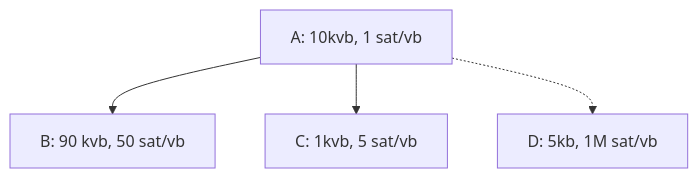
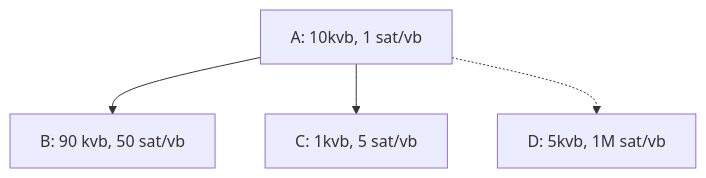
One commit to jamesob/delving-bitcoin-archive changed diagram 11 of 11 in archive/rendered-topics/2024-01-January/2024-01-09-an-overview-of-the-cluster-mempool-proposal-id393.md. Above: the diagram before and after it, drawn with Mermaid. The commit also changed other lines of this file and 2 other files, not shown here.

````diff
--- a/archive/rendered-topics/2024-01-January/2024-01-09-an-overview-of-the-cluster-mempool-proposal-id393.md
+++ b/archive/rendered-topics/2024-01-January/2024-01-09-an-overview-of-the-cluster-mempool-proposal-id393.md
@@ -588,6 +588,6 @@
 ```mermaid height=146,auto
     flowchart
          A["A: 10kvb, 1 sat/vb"] --> B:["B: 90 kvb, 50 sat/vb"]
          A-->C:["C: 1kvb, 5 sat/vb"]
-         A-.->D:["D: 5kb, 1M sat/vb"]
+         A-.->D:["D: 5kvb, 1M sat/vb"]
 ```
````
